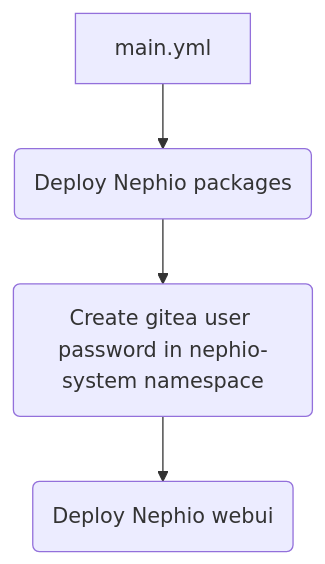
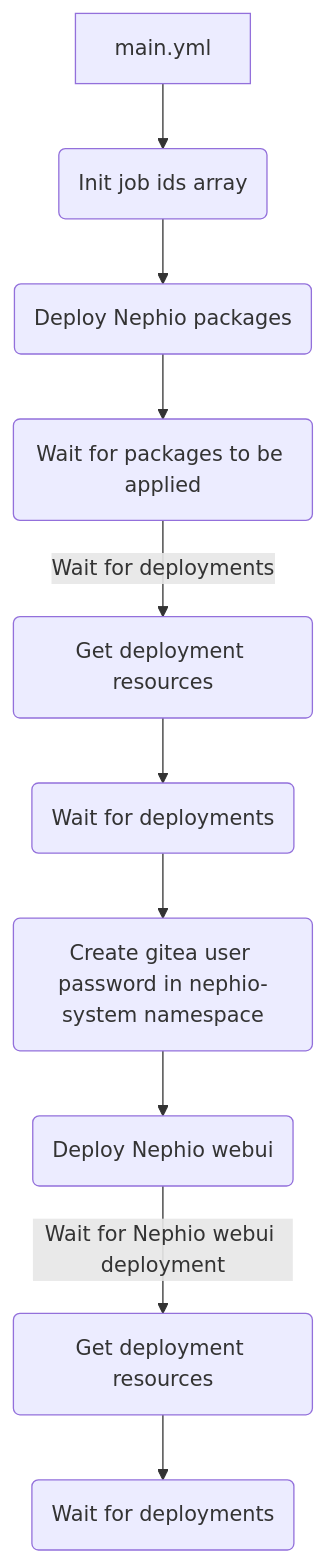
Before and after one commit to nephio-project/test-infra: the diagram in e2e/provision/playbooks/roles/install/README.md, drawn with Mermaid. The commit also changed 12 other files, not shown here.

````diff
--- a/e2e/provision/playbooks/roles/install/README.md
+++ b/e2e/provision/playbooks/roles/install/README.md
@@ -70,6 +70,12 @@
 ```mermaid
 flowchart TD
-    A[main.yml] --> B(Deploy Nephio packages)
-    B --> C(Create gitea user password in nephio-system namespace)
-    C --> D(Deploy Nephio webui)
+    A[main.yml] --> B(Init job ids array)
+    B --> C(Deploy Nephio packages)
+    C --> D(Wait for packages to be applied)
+    D --> |Wait for deployments| E(Get deployment resources)
+    E --> F(Wait for deployments)
+    F --> G(Create gitea user password in nephio-system namespace)
+    G --> H(Deploy Nephio webui)
+    H --> |Wait for Nephio webui deployment| I(Get deployment resources)
+    I --> J(Wait for deployments)
 ```
````
